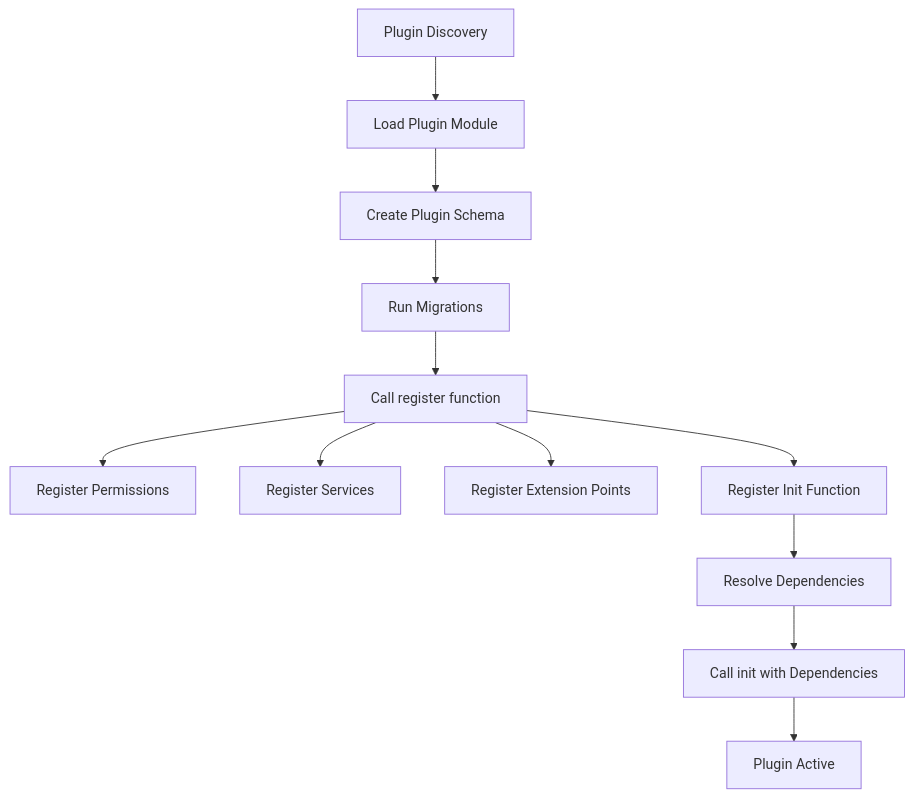
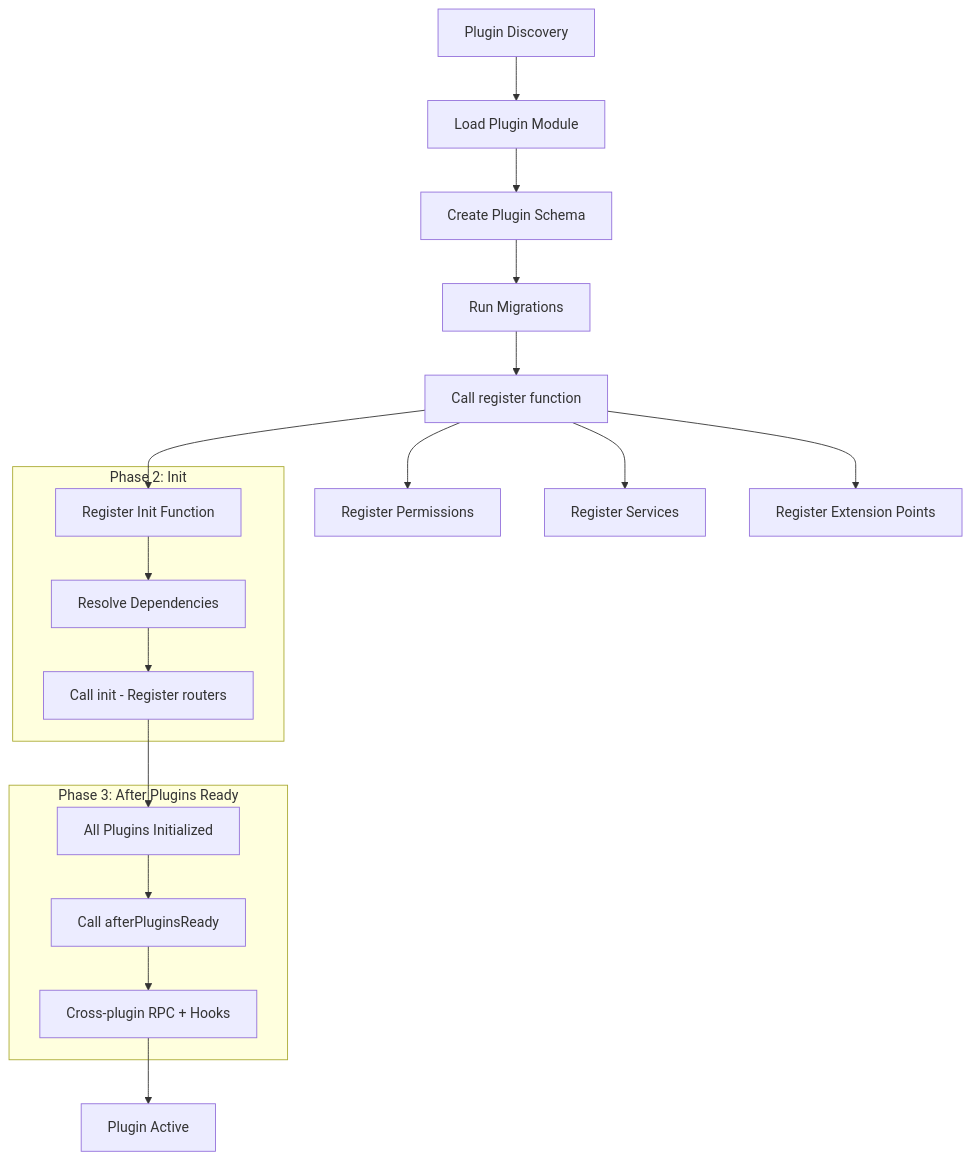
The first of 4 diagrams in docs/plugin-architecture.md (enyineer/checkmate), drawn with Mermaid before and after one commit. The commit also changed other lines of this file and 6 other files, not shown here.

Commit message:
feat: introduce two-phase plugin initialization with `afterPluginsReady` for safe cross-plugin communication and hook management.

````diff
--- a/docs/plugin-architecture.md
+++ b/docs/plugin-architecture.md
@@ -91,14 +93,24 @@
 ```mermaid
 graph TD
     A[Plugin Discovery] --> B[Load Plugin Module]
     B --> C[Create Plugin Schema]
     C --> D[Run Migrations]
     D --> E[Call register function]
     E --> F[Register Permissions]
     E --> G[Register Services]
     E --> H[Register Extension Points]
     E --> I[Register Init Function]
-    I --> J[Resolve Dependencies]
-    J --> K[Call init with Dependencies]
-    K --> L[Plugin Active]
+    
+    subgraph "Phase 2: Init"
+        I --> J[Resolve Dependencies]
+        J --> K[Call init - Register routers]
+    end
+    
+    subgraph "Phase 3: After Plugins Ready"
+        K --> L[All Plugins Initialized]
+        L --> M[Call afterPluginsReady]
+        M --> N[Cross-plugin RPC + Hooks]
+    end
+    
+    N --> O[Plugin Active]
 ```
````
